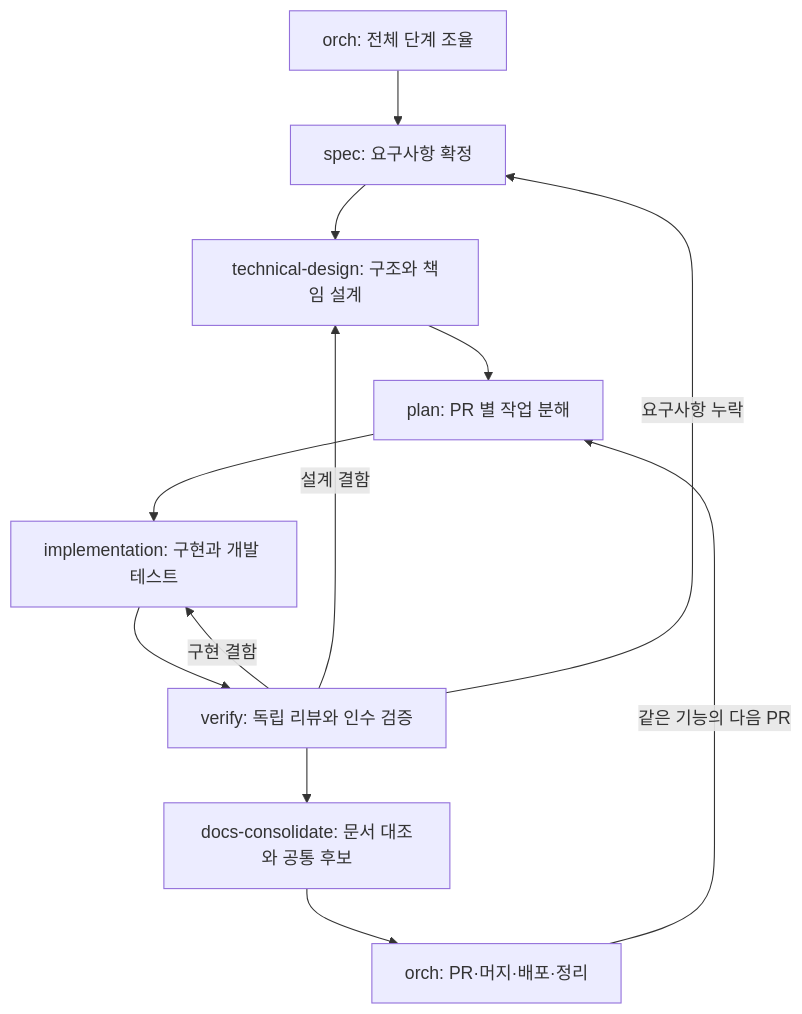
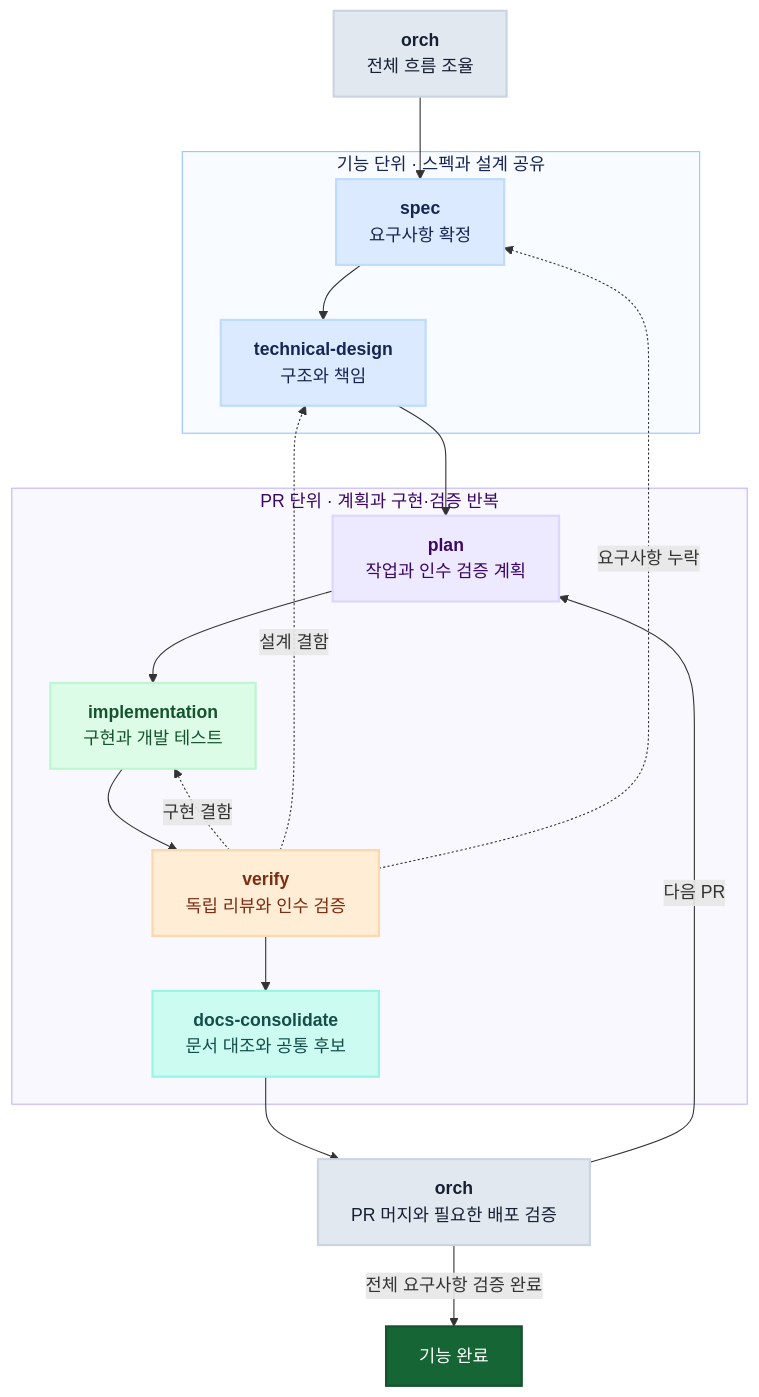
One commit to jon890/fos-skills changed the diagram in README.md. Above: the diagram before and after it, drawn with Mermaid. The commit also changed other lines of this file and 3 other files, not shown here.

Commit message:
docs: visualize lifecycle with colored hand-drawn Mermaid

````diff
--- a/README.md
+++ b/README.md
@@ -8,14 +16,48 @@
 ```mermaid
 flowchart TD
-    O[orch: 전체 단계 조율] --> S[spec: 요구사항 확정]
-    S --> T[technical-design: 구조와 책임 설계]
-    T --> P[plan: PR 별 작업 분해]
-    P --> B[implementation: 구현과 개발 테스트]
-    B --> V[verify: 독립 리뷰와 인수 검증]
-    V --> D[docs-consolidate: 문서 대조와 공통 후보]
-    V -->|구현 결함| B
-    V -->|설계 결함| T
-    V -->|요구사항 누락| S
-    D --> M[orch: PR·머지·배포·정리]
-    M -->|같은 기능의 다음 PR| P
+    O["`**orch**
+전체 흐름 조율`"] --> S
+
+    subgraph FEATURE["기능 단위 · 스펙과 설계 공유"]
+        S["`**spec**
+요구사항 확정`"] --> T["`**technical-design**
+구조와 책임`"]
+    end
+
+    T --> P
+
+    subgraph PR["PR 단위 · 계획과 구현·검증 반복"]
+        P["`**plan**
+작업과 인수 검증 계획`"] --> I["`**implementation**
+구현과 개발 테스트`"]
+        I --> V["`**verify**
+독립 리뷰와 인수 검증`"]
+        V --> D["`**docs-consolidate**
+문서 대조와 공통 후보`"]
+        V -.->|구현 결함| I
+    end
+
+    V -.->|설계 결함| T
+    V -.->|요구사항 누락| S
+    D --> M["`**orch**
+PR 머지와 필요한 배포 검증`"]
+    M -->|다음 PR| P
+    M -->|전체 요구사항 검증 완료| F["기능 완료"]
+
+    classDef orchestrate fill:#e2e8f0,stroke:#cbd5e1,color:#172033,stroke-width:2px
+    classDef define fill:#dbeafe,stroke:#bfdbfe,color:#172554,stroke-width:2px
+    classDef plan fill:#ede9fe,stroke:#ddd6fe,color:#3b0764,stroke-width:2px
+    classDef implement fill:#dcfce7,stroke:#bbf7d0,color:#14532d,stroke-width:2px
+    classDef verify fill:#ffedd5,stroke:#fed7aa,color:#7c2d12,stroke-width:2px
+    classDef document fill:#ccfbf1,stroke:#99f6e4,color:#134e4a,stroke-width:2px
+    classDef complete fill:#166534,stroke:#14532d,color:#ffffff,stroke-width:2px
+    class O,M orchestrate
+    class S,T define
+    class P plan
+    class I implement
+    class V verify
+    class D document
+    class F complete
+    style FEATURE fill:#f8fbff,stroke:#93c5fd,color:#172554
+    style PR fill:#faf8ff,stroke:#c4b5fd,color:#3b0764
 ```
````
